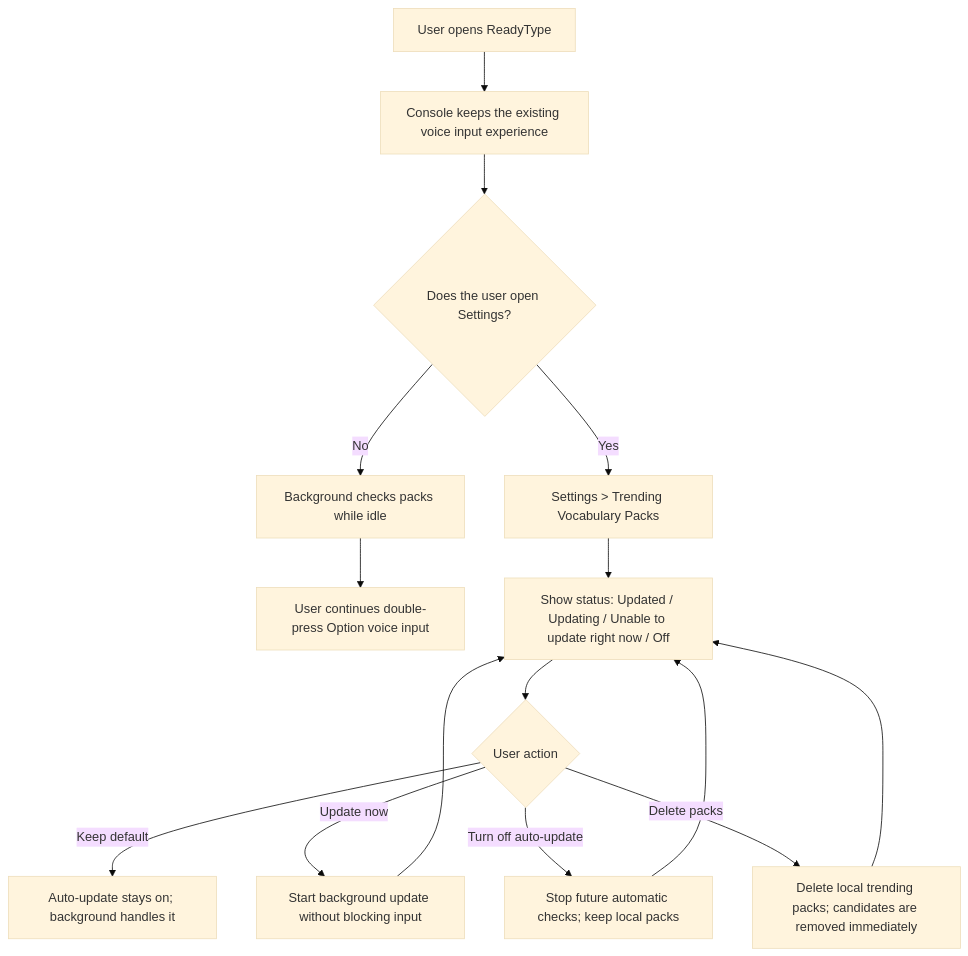
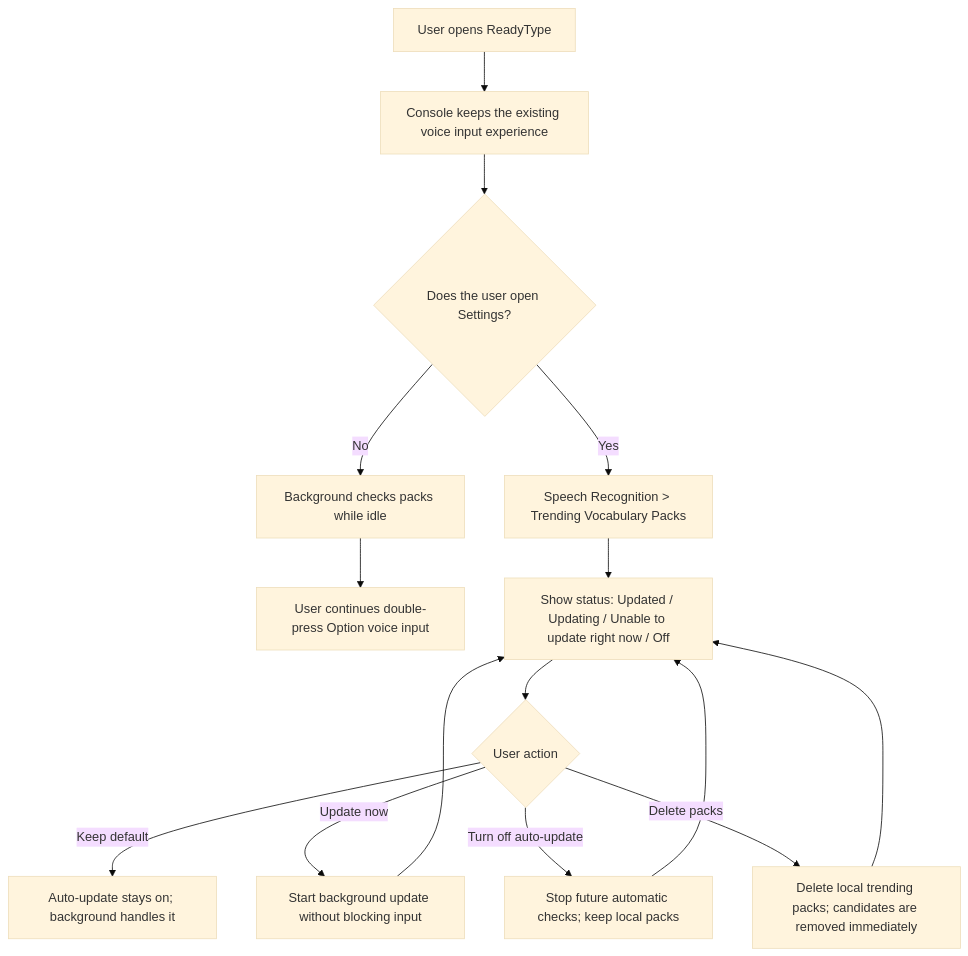
The first of 4 diagrams in docs/versions/1.4.0/INTERACTION_FLOW.md (whnnick/readytype), drawn with Mermaid (base theme) before and after one commit. The commit also changed other lines of this file and 14 other files, not shown here.

````diff
--- a/docs/versions/1.4.0/INTERACTION_FLOW.md
+++ b/docs/versions/1.4.0/INTERACTION_FLOW.md
@@ -7,17 +7,17 @@
 ```mermaid
 flowchart TD
     A["User opens ReadyType"] --> B["Console keeps the existing voice input experience"]
     B --> C{"Does the user open Settings?"}
     C -- "No" --> D["Background checks packs while idle"]
     D --> E["User continues double-press Option voice input"]
-    C -- "Yes" --> F["Settings > Trending Vocabulary Packs"]
+    C -- "Yes" --> F["Speech Recognition > Trending Vocabulary Packs"]
     F --> G["Show status: Updated / Updating / Unable to update right now / Off"]
     G --> H{"User action"}
     H -- "Keep default" --> I["Auto-update stays on; background handles it"]
     H -- "Update now" --> J["Start background update without blocking input"]
     H -- "Turn off auto-update" --> K["Stop future automatic checks; keep local packs"]
     H -- "Delete packs" --> L["Delete local trending packs; candidates are removed immediately"]
     J --> G
     K --> G
     L --> G
 ```
````
